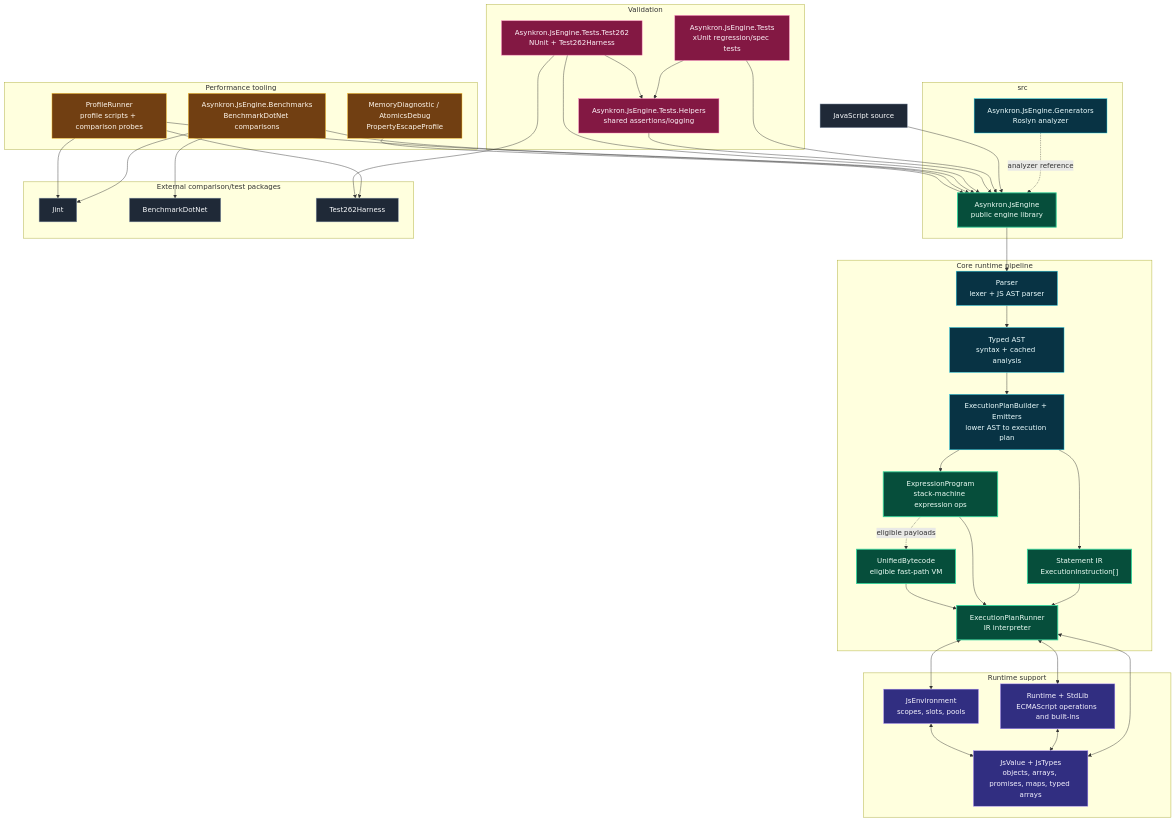
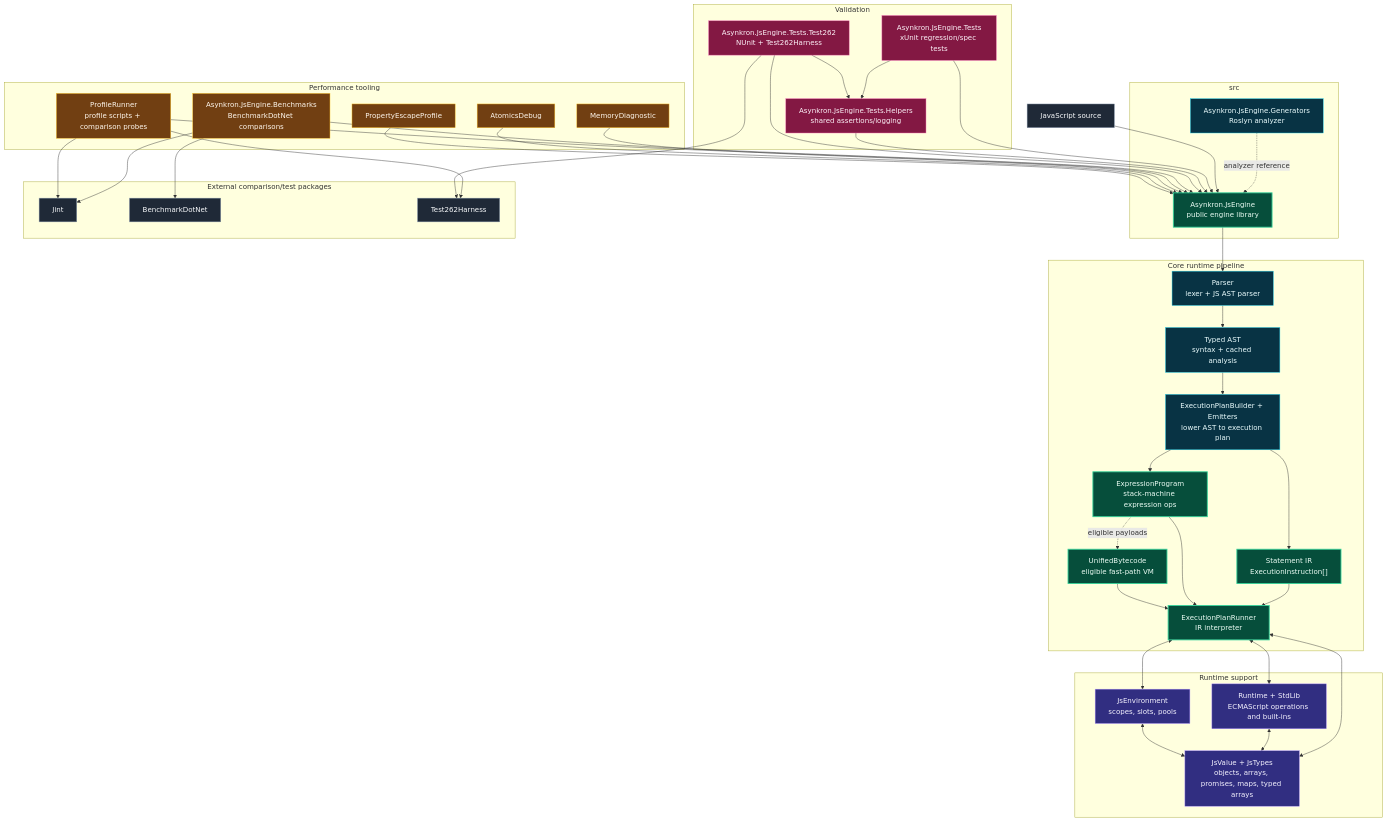
The diagram in docs/architecture/level1.md (asynkron/Asynkron.JsEngine), drawn with Mermaid before and after one commit. The commit also changed 6 other files, not shown here.

Commit message:
Link architecture diagram drilldowns

````diff
--- a/docs/architecture/level1.md
+++ b/docs/architecture/level1.md
@@ -63,12 +63,16 @@
   subgraph Perf["Performance tooling"]
     Benchmarks["Asynkron.JsEngine.Benchmarks<br/>BenchmarkDotNet comparisons"]:::tools
     ProfileRunner["ProfileRunner<br/>profile scripts + comparison probes"]:::tools
-    Diagnostics["MemoryDiagnostic / AtomicsDebug<br/>PropertyEscapeProfile"]:::tools
+    Memory["MemoryDiagnostic"]:::tools
+    Atomics["AtomicsDebug"]:::tools
+    PropertyEscape["PropertyEscapeProfile"]:::tools
   end
 
   Benchmarks --> Engine
   ProfileRunner --> Engine
-  Diagnostics --> Engine
+  Memory --> Engine
+  Atomics --> Engine
+  PropertyEscape --> Engine
 
   subgraph External["External comparison/test packages"]
     Jint["Jint"]:::external
@@ -81,4 +85,28 @@
   ProfileRunner --> Jint
   ProfileRunner --> Harness
   Test262 --> Harness
+
+  click Generator "level3-asynkron-jsengine-generators.md" "Open Asynkron.JsEngine.Generators architecture"
+  click Engine "level3-asynkron-jsengine.md" "Open Asynkron.JsEngine architecture"
+  click Parser "level2-core-runtime-pipeline.md" "Open core runtime pipeline architecture"
+  click AST "level2-core-runtime-pipeline.md" "Open core runtime pipeline architecture"
+  click Lowering "level2-core-runtime-pipeline.md" "Open core runtime pipeline architecture"
+  click IR "level2-core-runtime-pipeline.md" "Open core runtime pipeline architecture"
+  click Expr "level2-core-runtime-pipeline.md" "Open core runtime pipeline architecture"
+  click Runner "level2-core-runtime-pipeline.md" "Open core runtime pipeline architecture"
+  click Bytecode "level2-core-runtime-pipeline.md" "Open core runtime pipeline architecture"
+  click Env "level2-runtime-support.md" "Open runtime support architecture"
+  click Values "level2-runtime-support.md" "Open runtime support architecture"
+  click StdLib "level2-runtime-support.md" "Open runtime support architecture"
+  click UnitTests "level3-asynkron-jsengine-tests.md" "Open Asynkron.JsEngine.Tests architecture"
+  click Helpers "level3-asynkron-jsengine-tests-helpers.md" "Open test helpers architecture"
+  click Test262 "level3-asynkron-jsengine-tests-test262.md" "Open Test262 test architecture"
+  click Benchmarks "level3-asynkron-jsengine-benchmarks.md" "Open benchmark project architecture"
+  click ProfileRunner "level3-profile-runner.md" "Open ProfileRunner architecture"
+  click Memory "level3-memory-diagnostic.md" "Open MemoryDiagnostic architecture"
+  click Atomics "level3-atomics-debug.md" "Open AtomicsDebug architecture"
+  click PropertyEscape "level3-property-escape-profile.md" "Open PropertyEscapeProfile architecture"
+  click Jint "level2-external-comparison-test-packages.md" "Open external package architecture"
+  click BDN "level2-external-comparison-test-packages.md" "Open external package architecture"
+  click Harness "level2-external-comparison-test-packages.md" "Open external package architecture"
 ```
````
